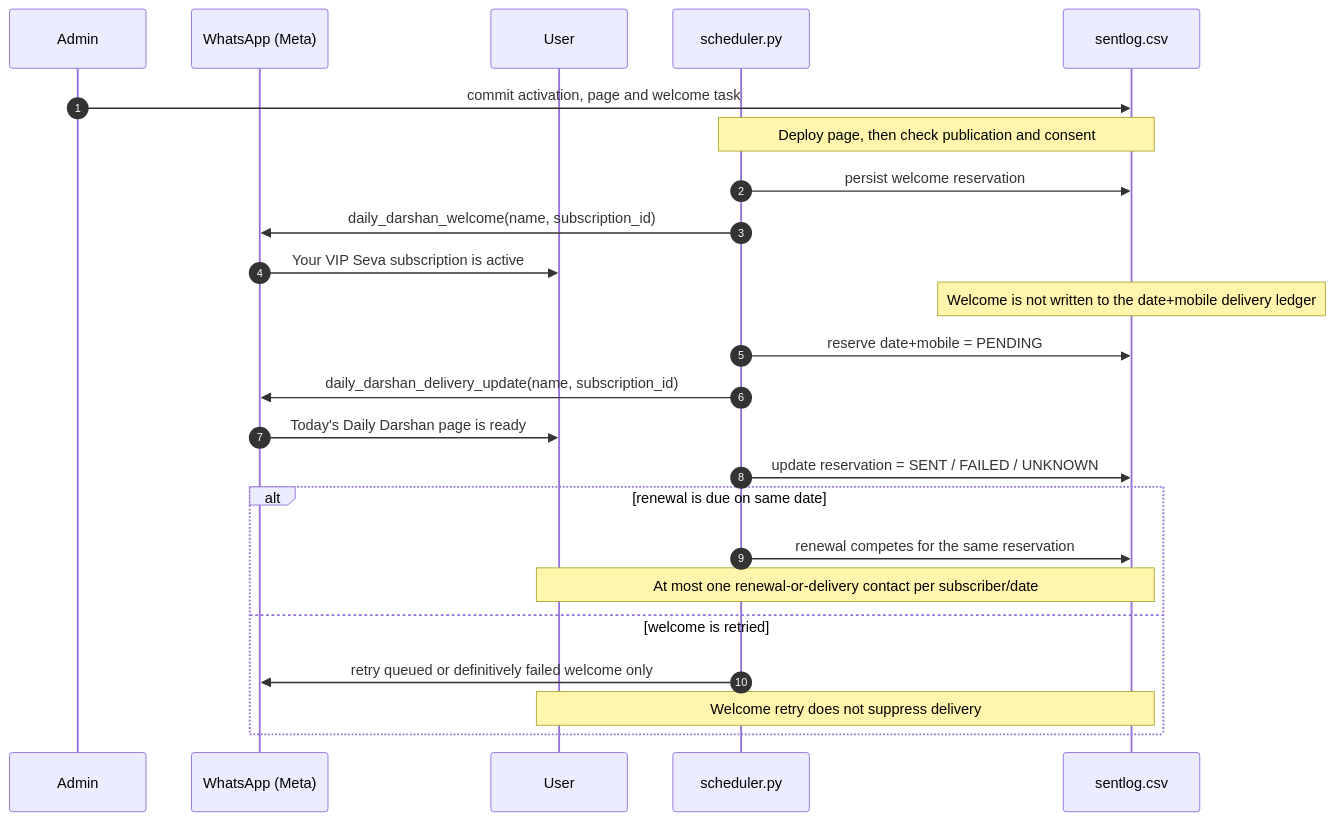
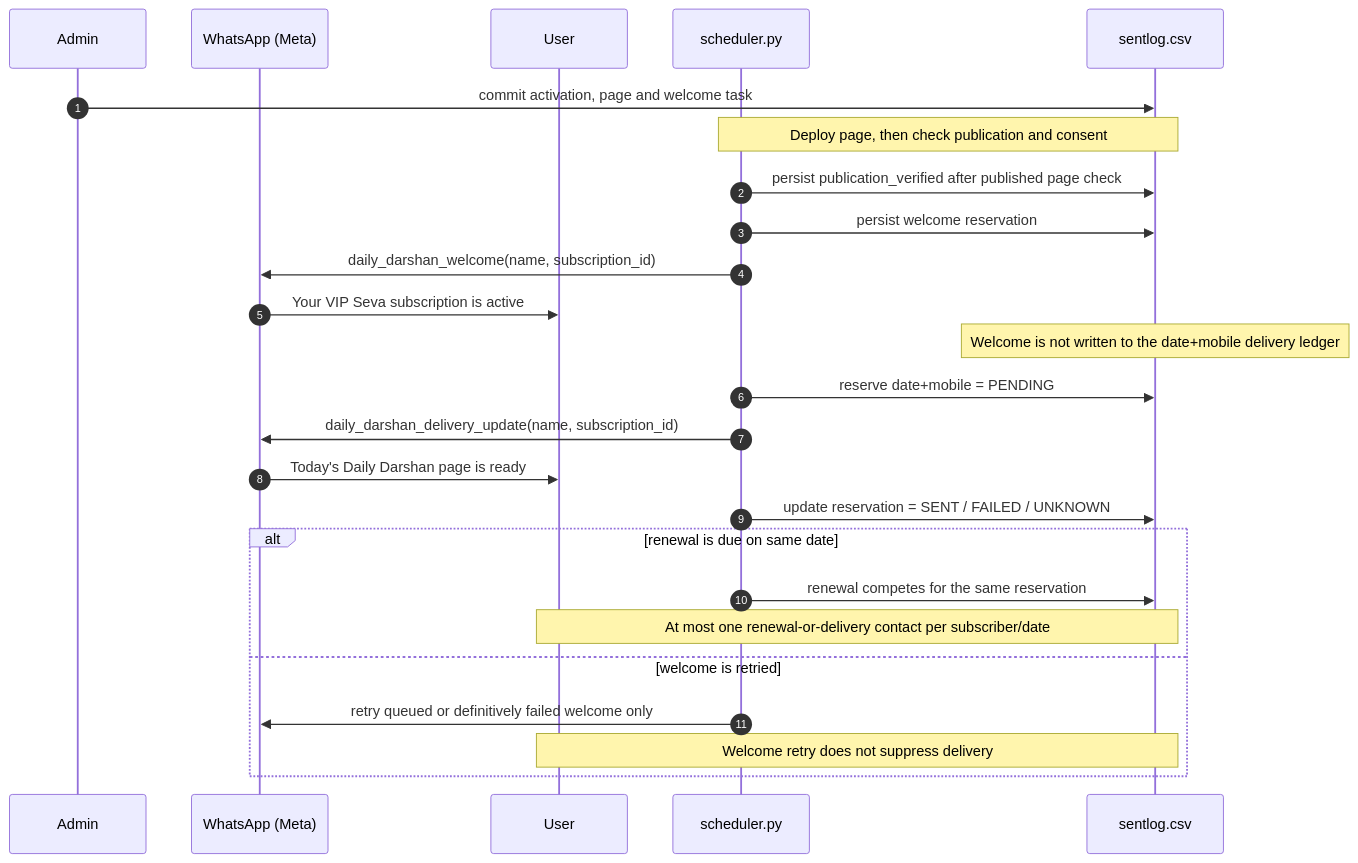
One commit to mishnit/daily-darshan changed the ninth of 10 diagrams in sequence-diagrams.md. Above: the diagram before and after it, drawn with Mermaid. The commit also changed other lines of this file and 9 other files, not shown here.

````diff
--- a/sequence-diagrams.md
+++ b/sequence-diagrams.md
@@ -379,29 +389,30 @@
 ```mermaid
 sequenceDiagram
     autonumber
     participant Admin
     participant WA as WhatsApp (Meta)
     participant User
     participant Sched as scheduler.py
     participant Repo as sentlog.csv
 
     Admin->>Repo: commit activation, page and welcome task
     Note over Sched,Repo: Deploy page, then check publication and consent
+    Sched->>Repo: persist publication_verified after published page check
     Sched->>Repo: persist welcome reservation
     Sched->>WA: daily_darshan_welcome(name, subscription_id)
     WA->>User: Your VIP Seva subscription is active
     Note over Repo: Welcome is not written to the date+mobile delivery ledger
 
     Sched->>Repo: reserve date+mobile = PENDING
     Sched->>WA: daily_darshan_delivery_update(name, subscription_id)
     WA->>User: Today's Daily Darshan page is ready
     Sched->>Repo: update reservation = SENT / FAILED / UNKNOWN
 
     alt renewal is due on same date
         Sched->>Repo: renewal competes for the same reservation
         Note over User,Repo: At most one renewal-or-delivery contact per subscriber/date
     else welcome is retried
         Sched->>WA: retry queued or definitively failed welcome only
         Note over User,Repo: Welcome retry does not suppress delivery
     end
 ```
````
